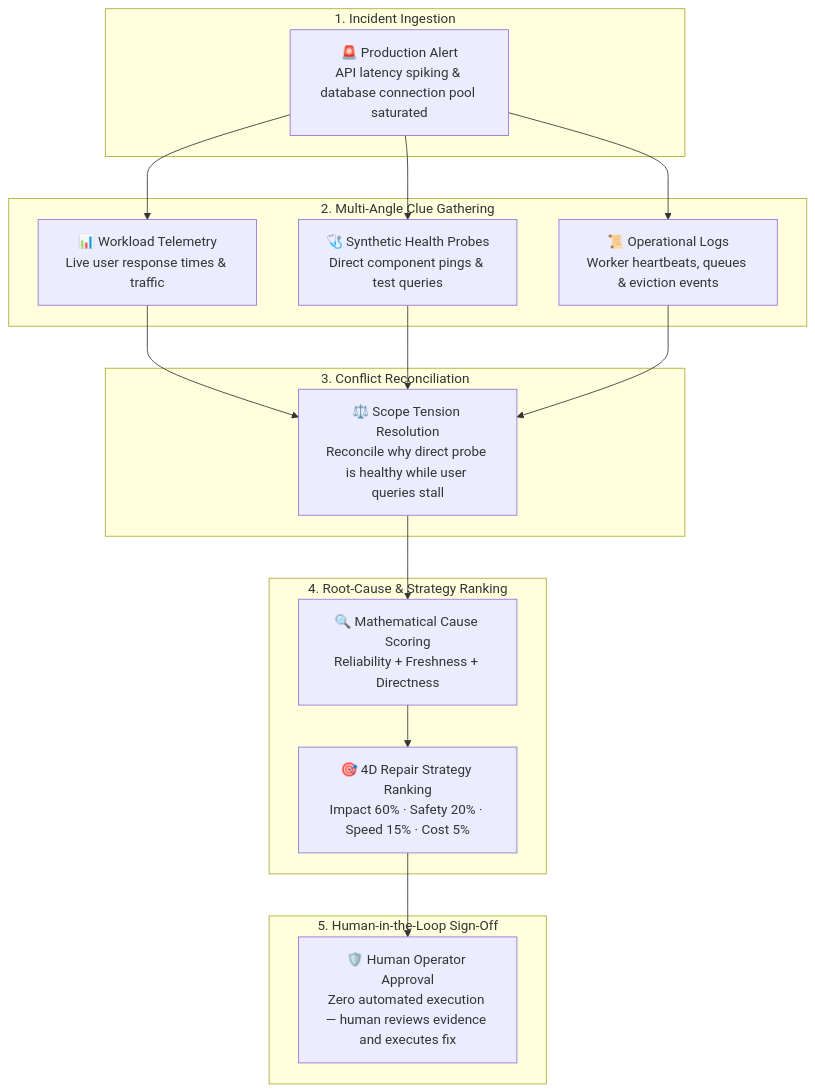
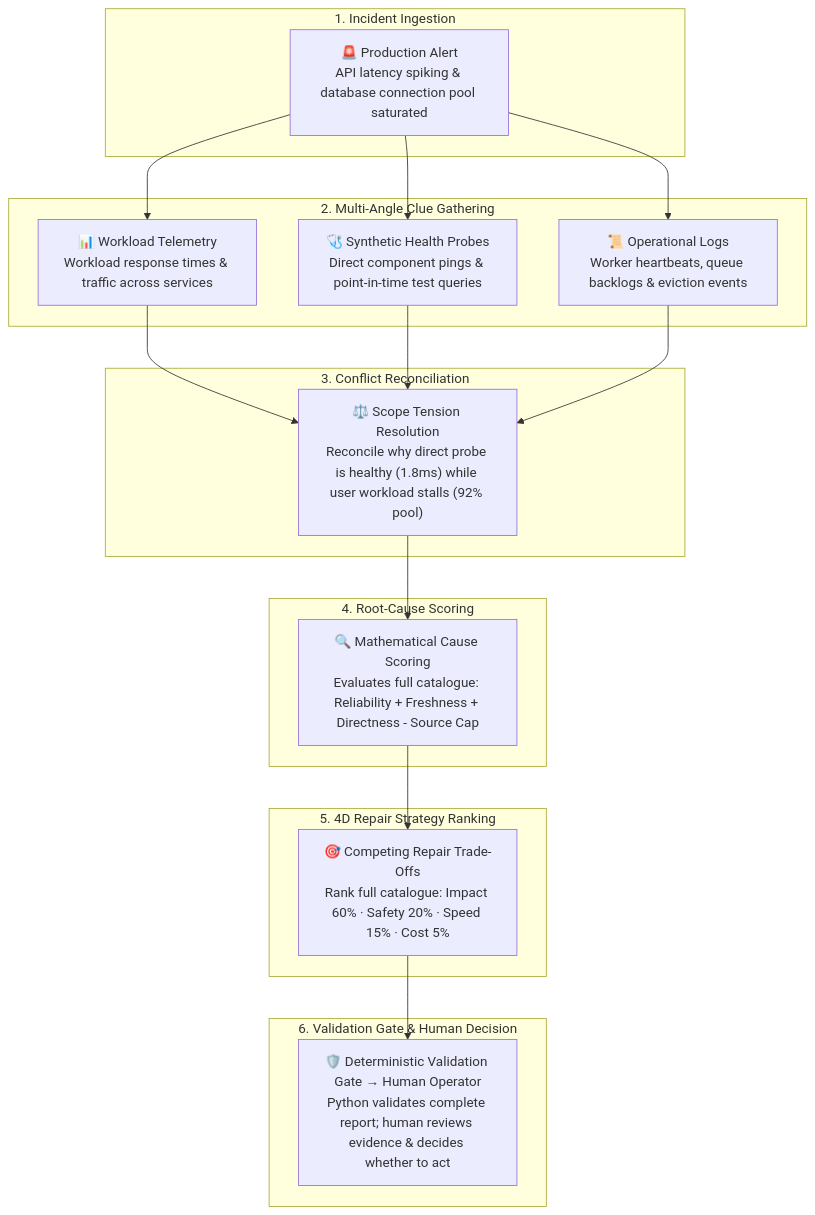
One commit to AnasBabari/LEC_AI changed the second of 3 diagrams in README.md. Above: the diagram before and after it, drawn with Mermaid. The commit also changed other lines of this file, not shown here.

First line of the commit message:
docs(readme): correct architecture diagrams, provider cascade tiers, and complete 6-scenario catalogue

````diff
--- a/README.md
+++ b/README.md
@@ -134,37 +137,40 @@
 ```mermaid
 flowchart TD
     subgraph S1["1. Incident Ingestion"]
         Alert["🚨 Production Alert<br/>API latency spiking & database connection pool saturated"]
     end
 
     subgraph S2["2. Multi-Angle Clue Gathering"]
-        Telemetry["📊 Workload Telemetry<br/>Live user response times & traffic"]
-        Probes["🩺 Synthetic Health Probes<br/>Direct component pings & test queries"]
-        Logs["📜 Operational Logs<br/>Worker heartbeats, queues & eviction events"]
+        Telemetry["📊 Workload Telemetry<br/>Workload response times & traffic across services"]
+        Probes["🩺 Synthetic Health Probes<br/>Direct component pings & point-in-time test queries"]
+        Logs["📜 Operational Logs<br/>Worker heartbeats, queue backlogs & eviction events"]
     end
 
     subgraph S3["3. Conflict Reconciliation"]
-        Tension["⚖️ Scope Tension Resolution<br/>Reconcile why direct probe is healthy while user queries stall"]
+        Tension["⚖️ Scope Tension Resolution<br/>Reconcile why direct probe is healthy (1.8ms) while user workload stalls (92% pool)"]
     end
 
-    subgraph S4["4. Root-Cause & Strategy Ranking"]
-        Causes["🔍 Mathematical Cause Scoring<br/>Reliability + Freshness + Directness"]
-        Repairs["🎯 4D Repair Strategy Ranking<br/>Impact 60% · Safety 20% · Speed 15% · Cost 5%"]
+    subgraph S4["4. Root-Cause Scoring"]
+        Causes["🔍 Mathematical Cause Scoring<br/>Evaluates full catalogue: Reliability + Freshness + Directness - Source Cap"]
     end
 
-    subgraph S5["5. Human-in-the-Loop Sign-Off"]
-        Approval["🛡️ Human Operator Approval<br/>Zero automated execution — human reviews evidence and executes fix"]
+    subgraph S5["5. 4D Repair Strategy Ranking"]
+        Repairs["🎯 Competing Repair Trade-Offs<br/>Rank full catalogue: Impact 60% · Safety 20% · Speed 15% · Cost 5%"]
+    end
+
+    subgraph S6["6. Validation Gate & Human Decision"]
+        Approval["🛡️ Deterministic Validation Gate → Human Operator<br/>Python validates complete report; human reviews evidence & decides whether to act"]
     end
 
     Alert --> Telemetry
     Alert --> Probes
     Alert --> Logs
 
     Telemetry --> Tension
     Probes --> Tension
     Logs --> Tension
 
     Tension --> Causes
     Causes --> Repairs
     Repairs --> Approval
 ```
````
